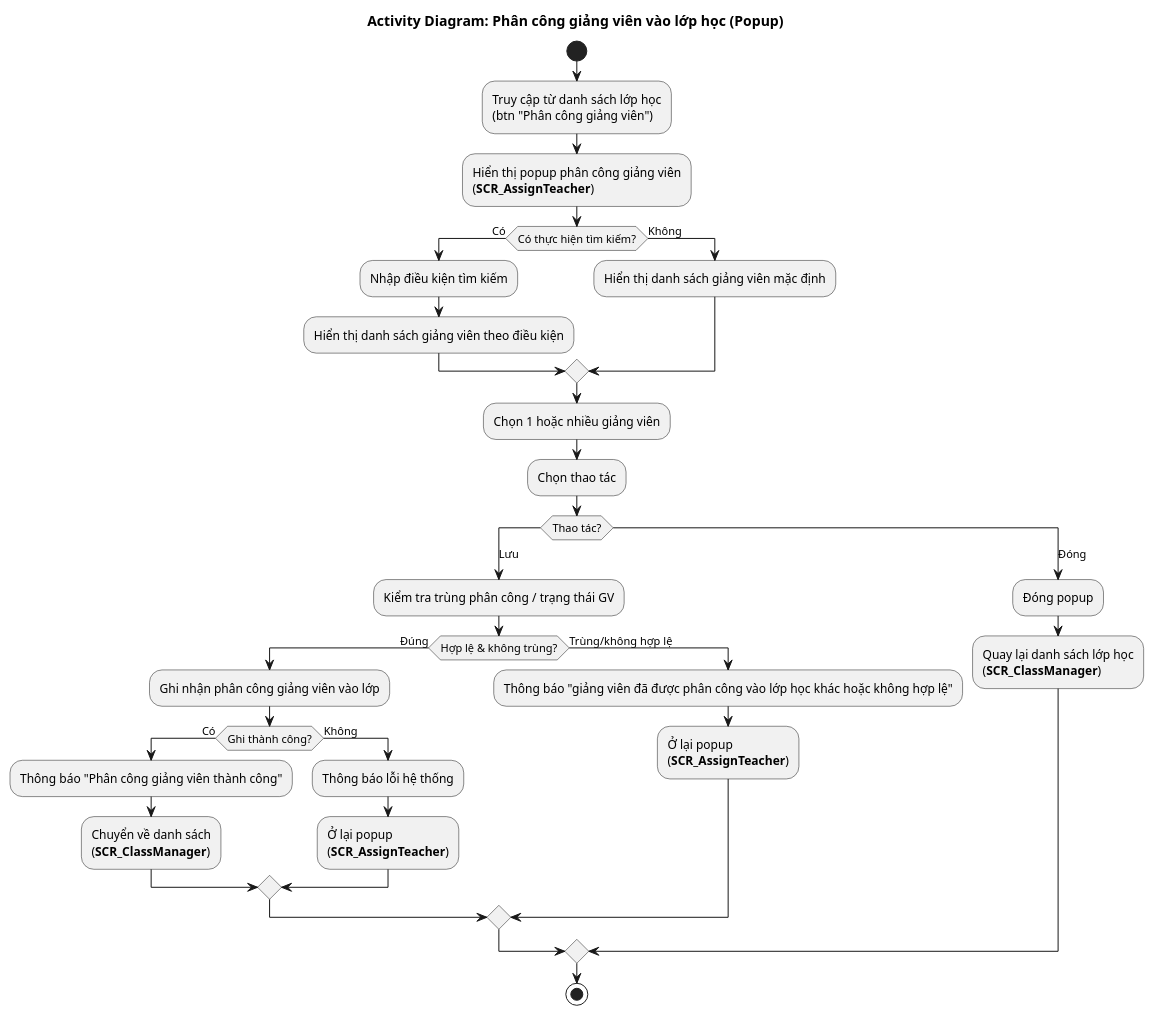
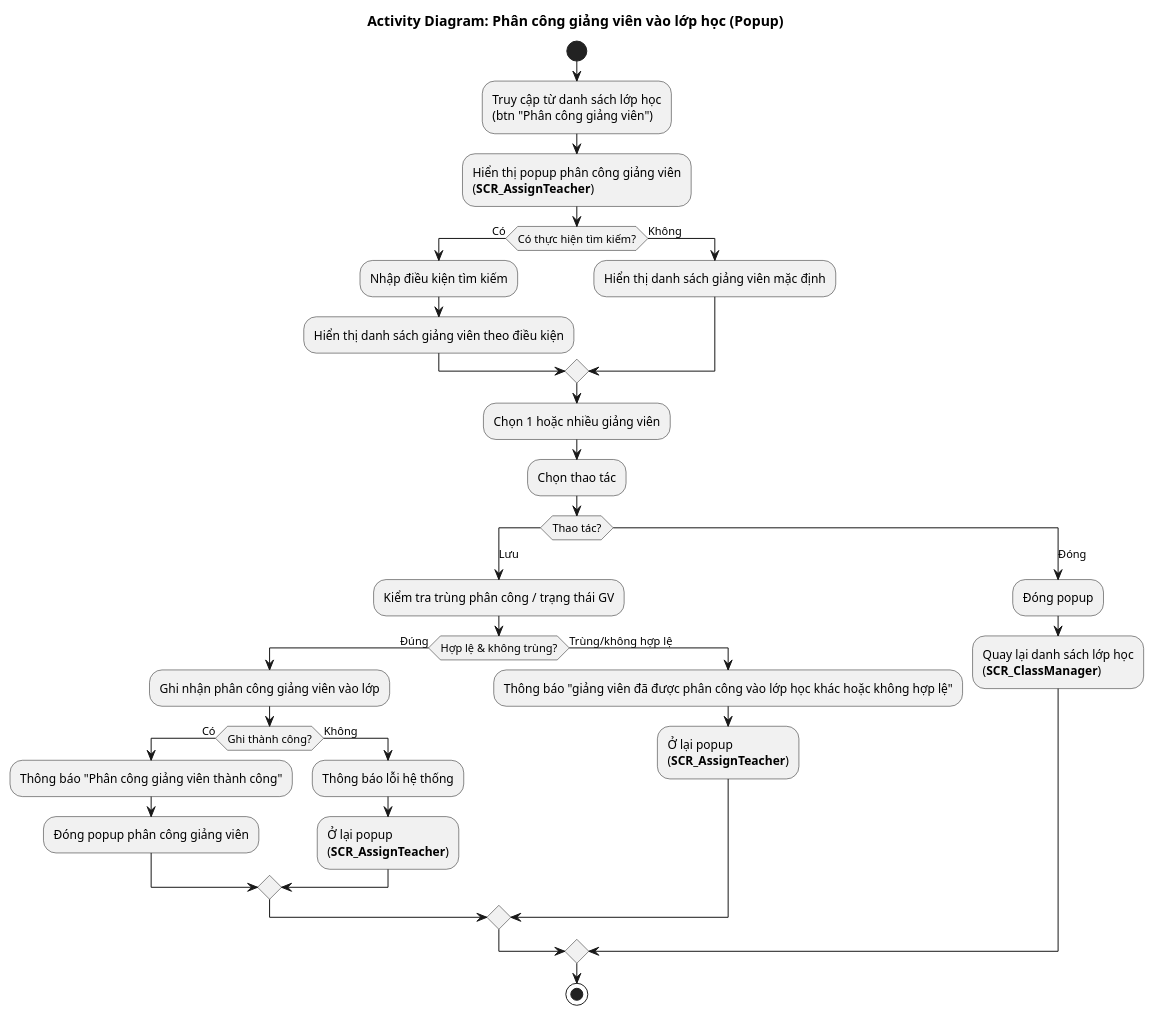
The diagram in 4.usecases/Class/ClassAssignTeacher/AD_ClassManager_AssignTeacher.puml (alvinnguyen9820-prog/TestPUML), drawn with PlantUML before and after one commit. The commit also changed 3 other files, not shown here.

```diff
--- a/4.usecases/Class/ClassAssignTeacher/AD_ClassManager_AssignTeacher.puml
+++ b/4.usecases/Class/ClassAssignTeacher/AD_ClassManager_AssignTeacher.puml
@@ -1,41 +1,41 @@
 @startuml AD_ClassManager_AssignTeacher
 !pragma layout smetana
 title Activity Diagram: Phân công giảng viên vào lớp học (Popup)
 
 start
 :Truy cập từ danh sách lớp học\n(btn "Phân công giảng viên");
 :Hiển thị popup phân công giảng viên\n(**SCR_AssignTeacher**);
 
 if (Có thực hiện tìm kiếm?) then (Có)
   :Nhập điều kiện tìm kiếm;
   :Hiển thị danh sách giảng viên theo điều kiện;
 else (Không)
   :Hiển thị danh sách giảng viên mặc định;
 endif
 
 :Chọn 1 hoặc nhiều giảng viên;
 
 :Chọn thao tác;
 switch (Thao tác?)
   case (Lưu)
     :Kiểm tra trùng phân công / trạng thái GV;
     if (Hợp lệ & không trùng?) then (Đúng)
       :Ghi nhận phân công giảng viên vào lớp;
       if (Ghi thành công?) then (Có)
         :Thông báo "Phân công giảng viên thành công";
-        :Chuyển về danh sách\n(**SCR_ClassManager**);
+        :Đóng popup phân công giảng viên;
       else (Không)
         :Thông báo lỗi hệ thống;
         :Ở lại popup\n(**SCR_AssignTeacher**);
       endif
     else (Trùng/không hợp lệ)
       :Thông báo "giảng viên đã được phân công vào lớp học khác hoặc không hợp lệ";
       :Ở lại popup\n(**SCR_AssignTeacher**);
     endif
   case (Đóng)
     :Đóng popup;
     :Quay lại danh sách lớp học\n(**SCR_ClassManager**);
 endswitch
 
 stop
 @enduml
```
